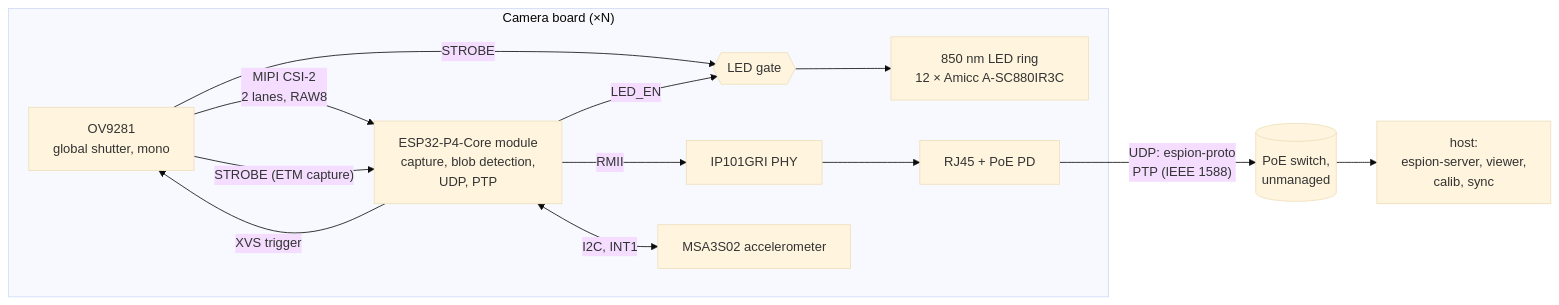
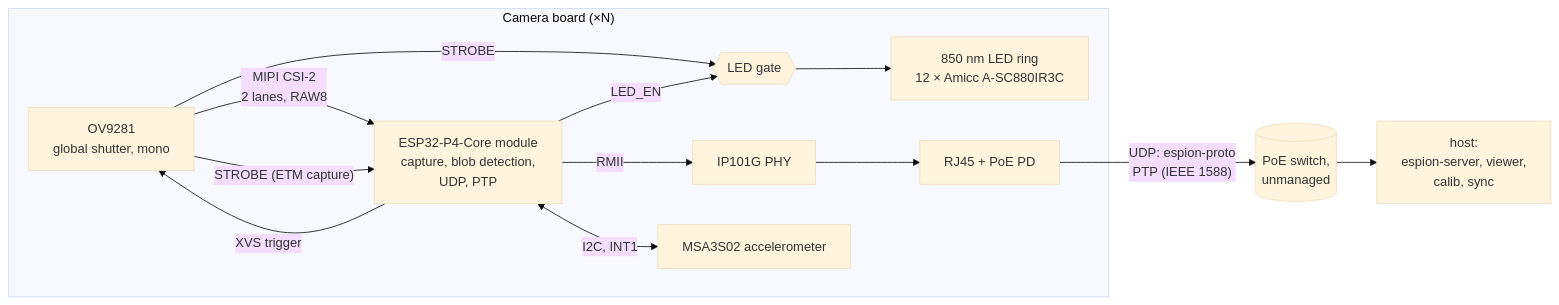
One commit to azais-corentin/espion changed the first of 2 diagrams in docs/architecture.md. Above: the diagram before and after it, drawn with Mermaid (base theme). The commit also changed other lines of this file and 23 other files, not shown here.

````diff
--- a/docs/architecture.md
+++ b/docs/architecture.md
@@ -7,16 +7,16 @@
 ```mermaid
 flowchart LR
   subgraph board["Camera board (×N)"]
     S[OV9281<br/>global shutter, mono] -- "MIPI CSI-2<br/>2 lanes, RAW8" --> P4[ESP32-P4-Core module<br/>capture, blob detection,<br/>UDP, PTP]
     P4 -- "XVS trigger" --> S
     S -- STROBE --> G{{LED gate}}
     S -- "STROBE (ETM capture)" --> P4
     P4 -- LED_EN --> G
     G --> L[850 nm LED ring<br/>12 × Amicc A-SC880IR3C]
-    P4 -- RMII --> PHY[IP101GRI PHY]
+    P4 -- RMII --> PHY[IP101G PHY]
     PHY --> J[RJ45 + PoE PD]
     P4 <-- "I2C, INT1" --> IMU[MSA3S02 accelerometer]
   end
   J -- "UDP: espion-proto<br/>PTP (IEEE 1588)" --> SW[(PoE switch,<br/>unmanaged)]
   SW --> H[host:<br/>espion-server, viewer,<br/>calib, sync]
 ```
````
